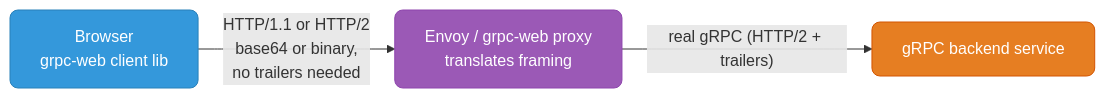
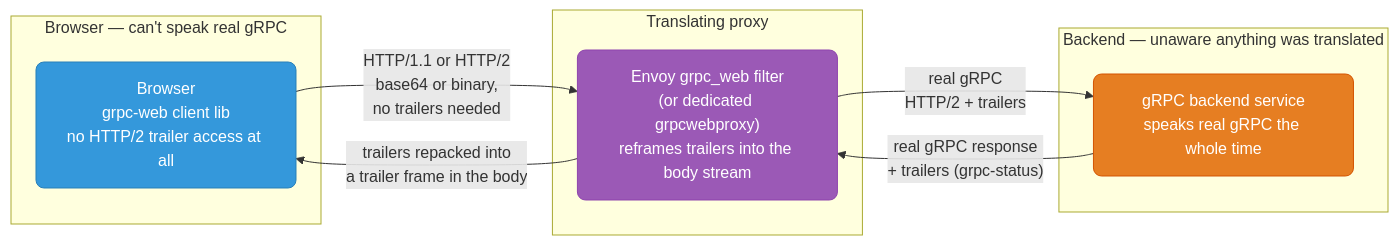
One commit to deepanshu-rawat6/DevOpsIndex changed the eighth of 10 diagrams in networking/grpc-deep-dive.md. Above: the diagram before and after it, drawn with Mermaid. The commit also changed other lines of this file and 8 other files, not shown here.

````diff
--- a/networking/grpc-deep-dive.md
+++ b/networking/grpc-deep-dive.md
@@ -691,9 +905,23 @@
 ```mermaid
 flowchart LR
     classDef blue fill:#3498db,stroke:#2980b9,color:#fff,rx:8
     classDef orange fill:#e67e22,stroke:#d35400,color:#fff,rx:8
     classDef purple fill:#9b59b6,stroke:#8e44ad,color:#fff,rx:8
 
-    BROWSER["Browser<br>grpc-web client lib"]:::blue -->|"HTTP/1.1 or HTTP/2<br>base64 or binary,<br>no trailers needed"| PROXY["Envoy / grpc-web proxy<br>translates framing"]:::purple
-    PROXY -->|"real gRPC (HTTP/2 + trailers)"| BACKEND["gRPC backend service"]:::orange
+    subgraph BROWSERSIDE["Browser — can't speak real gRPC"]
+        BROWSER["Browser<br>grpc-web client lib<br>no HTTP/2 trailer access at all"]:::blue
+    end
+
+    subgraph PROXYTIER["Translating proxy"]
+        PROXY["Envoy grpc_web filter<br>(or dedicated grpcwebproxy)<br>reframes trailers into the body stream"]:::purple
+    end
+
+    subgraph BACKENDSIDE["Backend — unaware anything was translated"]
+        BACKEND["gRPC backend service<br>speaks real gRPC the whole time"]:::orange
+    end
+
+    BROWSER -->|"HTTP/1.1 or HTTP/2<br>base64 or binary,<br>no trailers needed"| PROXY
+    PROXY -->|"real gRPC<br>HTTP/2 + trailers"| BACKEND
+    BACKEND -->|"real gRPC response<br>+ trailers (grpc-status)"| PROXY
+    PROXY -->|"trailers repacked into<br>a trailer frame in the body"| BROWSER
 ```
````
